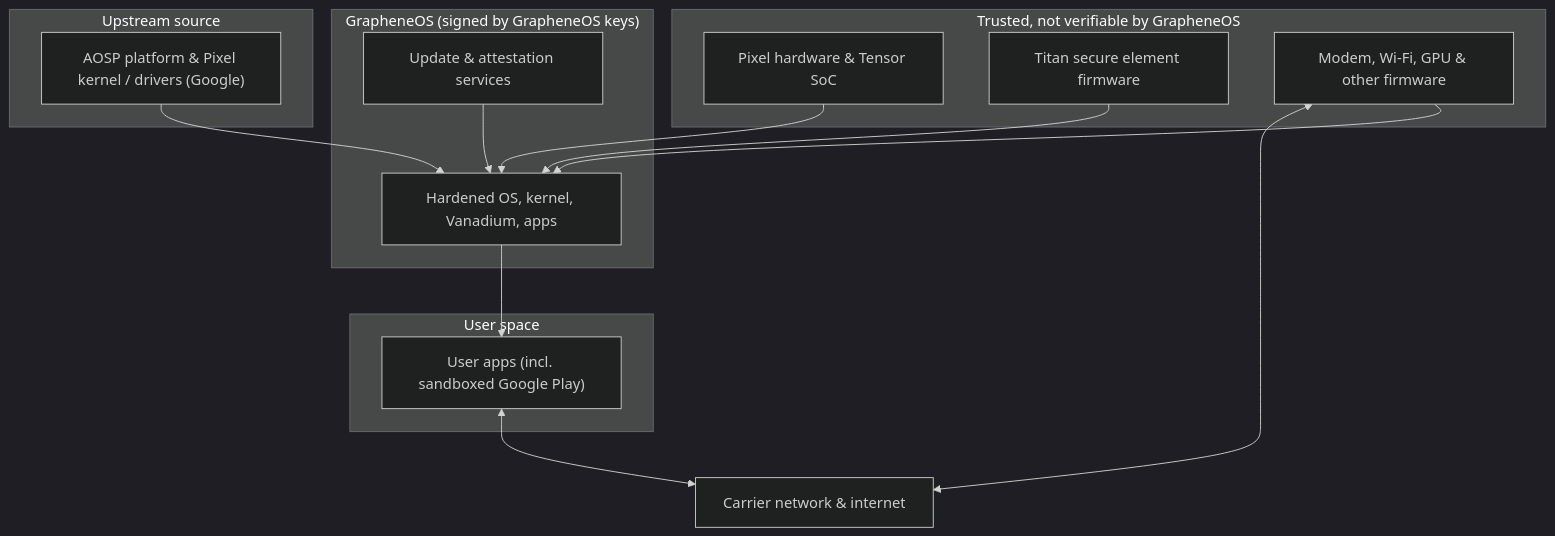
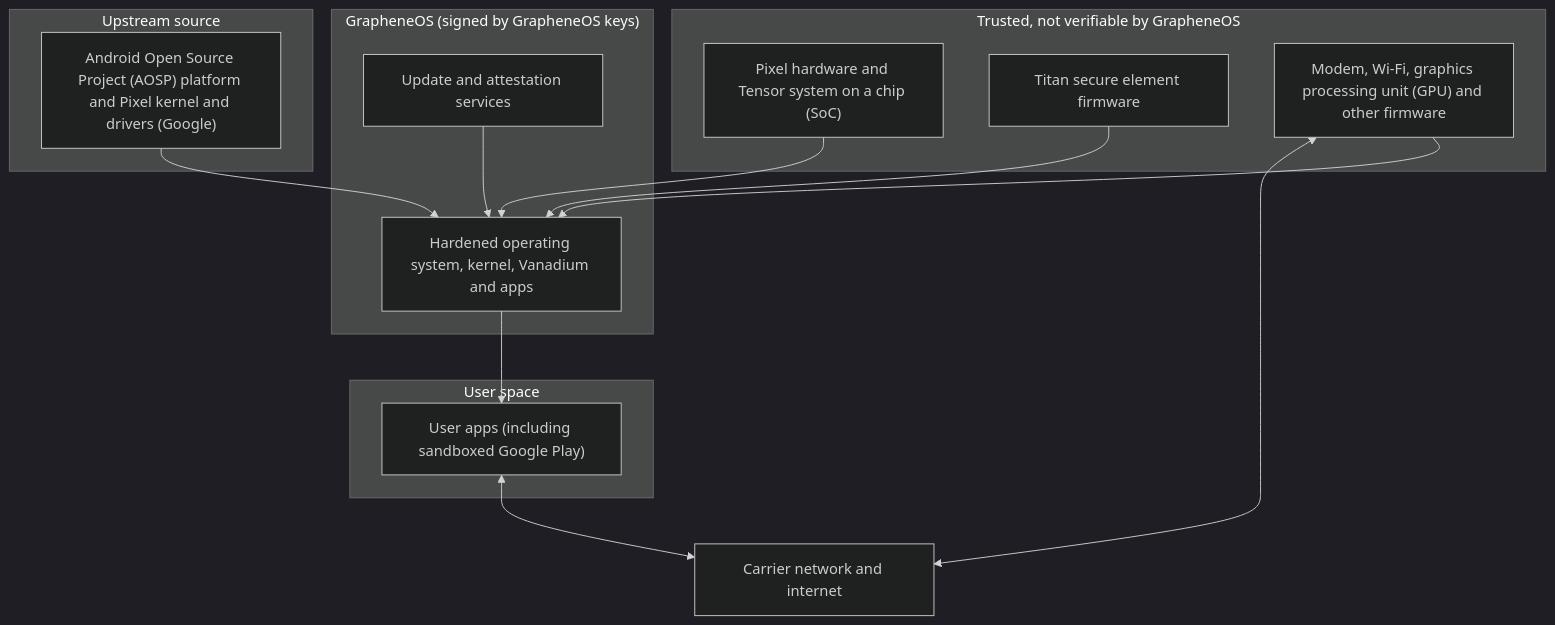
One commit to rrajbe/graphene_sa changed the diagram in grapheneos_assessment.md. Above: the diagram before and after it, drawn with Mermaid (dark theme). The commit also changed other lines of this file, not shown here.

````diff
--- a/grapheneos_assessment.md
+++ b/grapheneos_assessment.md
@@ -491,28 +580,28 @@
 ```mermaid
 flowchart TB
   subgraph G["Trusted, not verifiable by GrapheneOS"]
-    HW["Pixel hardware & Tensor SoC"]
+    HW["Pixel hardware and Tensor system on a chip (SoC)"]
     SE["Titan secure element firmware"]
-    FW["Modem, Wi-Fi, GPU & other firmware"]
+    FW["Modem, Wi-Fi, graphics processing unit (GPU) and other firmware"]
   end
   subgraph U["Upstream source"]
-    AOSP["AOSP platform & Pixel kernel / drivers (Google)"]
+    AOSP["Android Open Source Project (AOSP) platform and Pixel kernel and drivers (Google)"]
   end
   subgraph GO["GrapheneOS (signed by GrapheneOS keys)"]
-    OS["Hardened OS, kernel, Vanadium, apps"]
-    UPD["Update & attestation services"]
+    OS["Hardened operating system, kernel, Vanadium and apps"]
+    UPD["Update and attestation services"]
   end
   subgraph AP["User space"]
-    APPS["User apps (incl. sandboxed Google Play)"]
+    APPS["User apps (including sandboxed Google Play)"]
   end
-  NET["Carrier network & internet"]
+  NET["Carrier network and internet"]
 
   HW --> OS
   SE --> OS
   FW --> OS
   AOSP --> OS
   OS --> APPS
   UPD --> OS
   FW <--> NET
   APPS <--> NET
 ```
````
